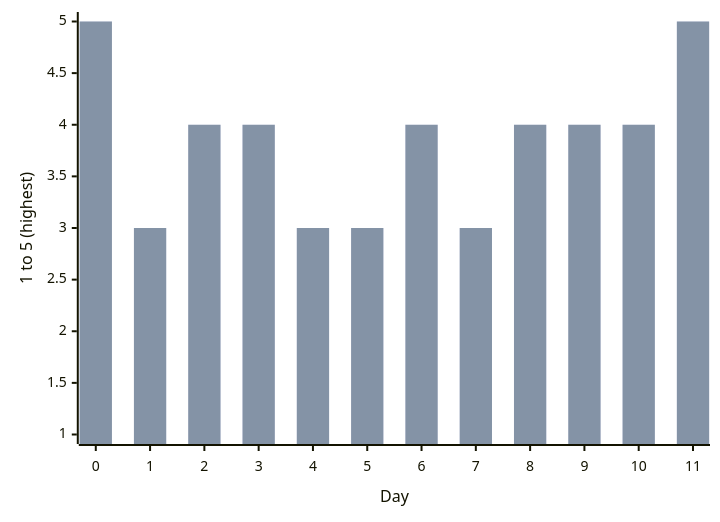
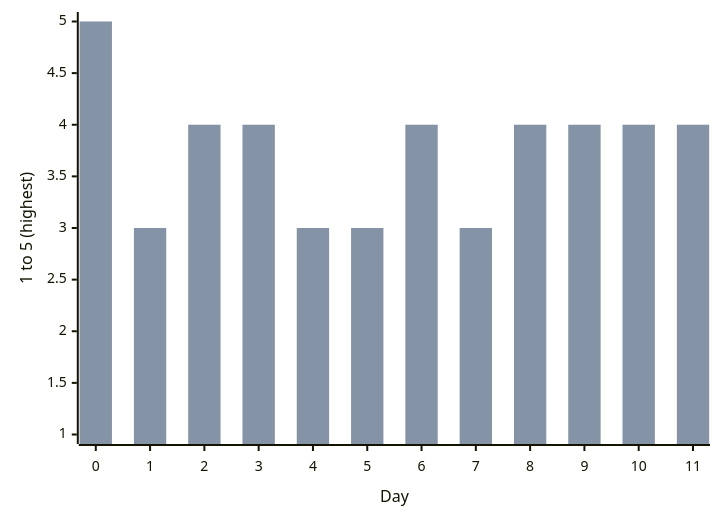
The second of 16 diagrams in docs/articles/posts/personal-development/fasting/fasting.md (phil-m-kopp/phil-m-kopp.github.io), drawn with Mermaid before and after one commit. The commit also changed other lines of this file and 1 other file, not shown here.

````diff
--- a/docs/articles/posts/personal-development/fasting/fasting.md
+++ b/docs/articles/posts/personal-development/fasting/fasting.md
@@ -131,8 +132,8 @@
 ``` mermaid
 xychart-beta
     x-axis "Day" 0 --> 11
     y-axis "1 to 5 (highest)" 1 --> 5
 
-    bar "Power" [5, 3, 4, 4, 3, 3, 4, 3, 4, 4, 4, 5]
-    bar "Power" [5, 3, 4, 4, 3, 3, 4, 3, 4, 4, 4, 5]
+    bar "Power" [5, 3, 4, 4, 3, 3, 4, 3, 4, 4, 4, 4]
+    bar "Power" [5, 3, 4, 4, 3, 3, 4, 3, 4, 4, 4, 4]
 ```
````
